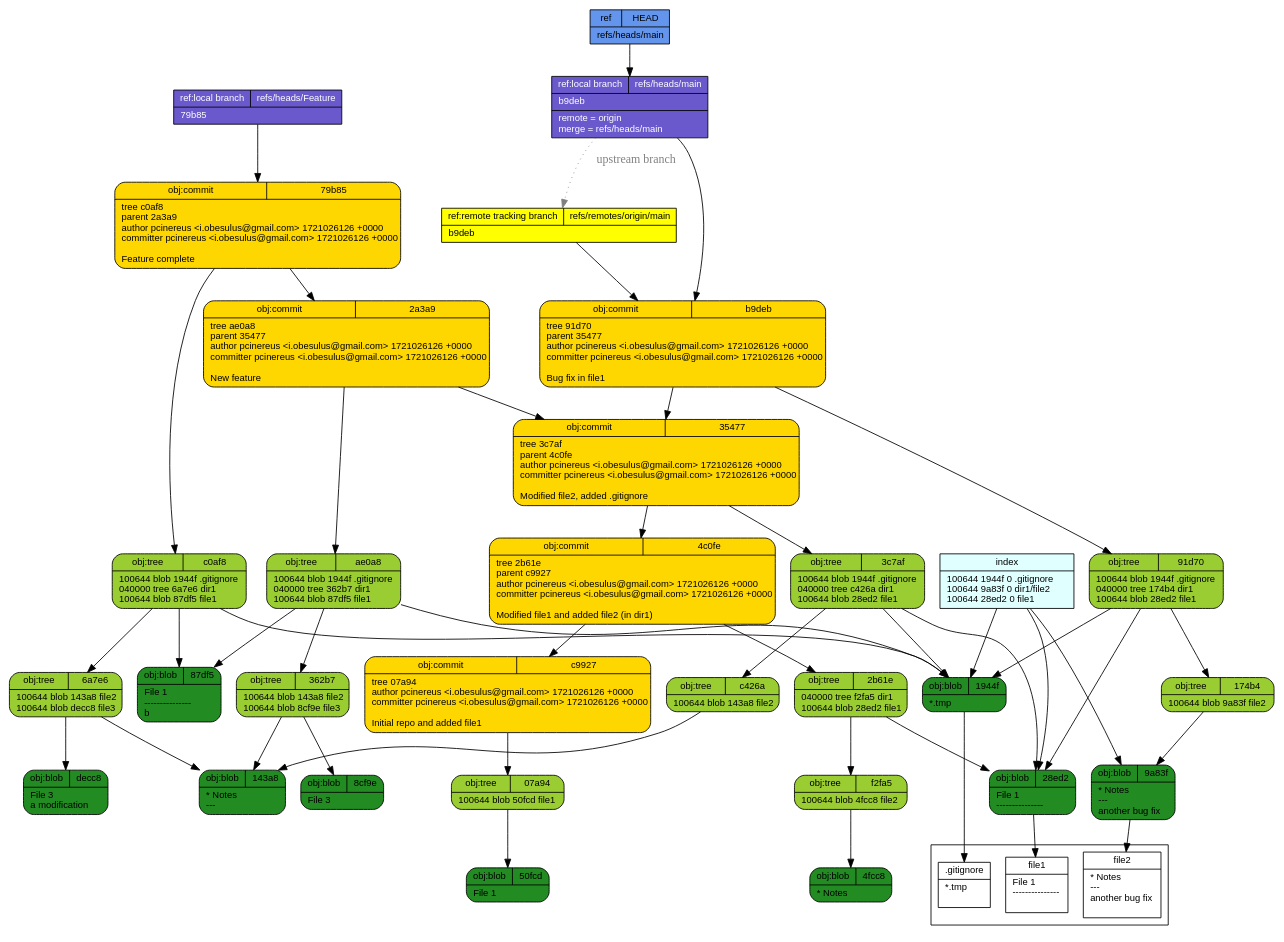
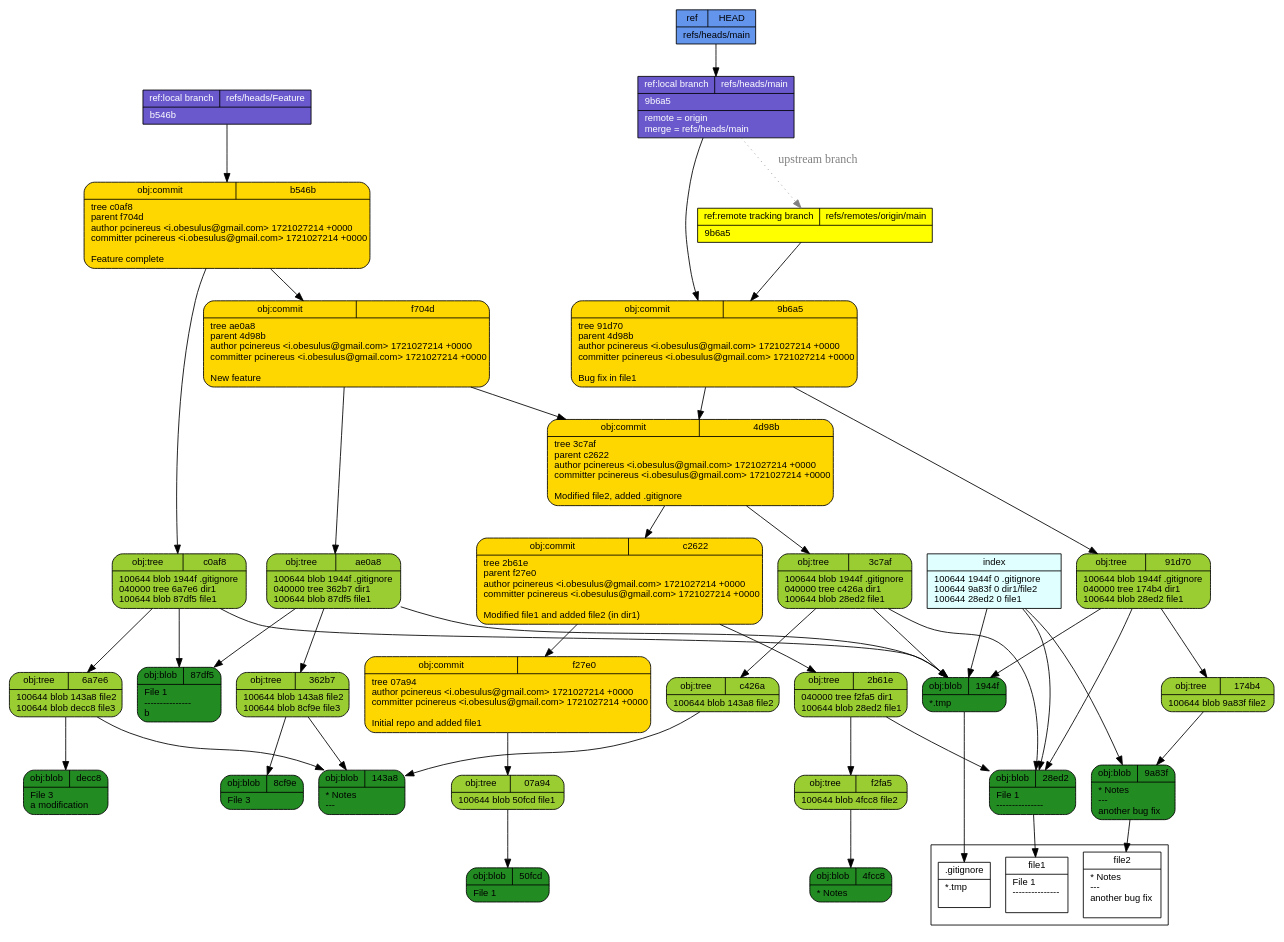
Before and after one commit to pcinereus/SUYRs_documents: the diagram in tut/git-draw.dot, drawn with Graphviz. The commit also changed 1113 other files, not shown here.

```diff
--- a/tut/git-draw.dot
+++ b/tut/git-draw.dot
@@ -1,57 +1,57 @@
 digraph structs {
   node [shape=record,fontsize=11,fontname="arial"];
   rankdir="TB";
   _f2fa5 [fillcolor="yellowgreen", style="filled,rounded", label="{{obj:tree|f2fa5}|100644\ blob\ 4fcc8\	file2\l}"]  _f2fa5 -> _4fcc8
+  _f27e0 [fillcolor="gold", style="filled,rounded", label="{{obj:commit|f27e0}|tree\ 07a94\lauthor\ pcinereus\ \<i\.obesulus\@gmail\.com\>\ 1721027214\ \+0000\lcommitter\ pcinereus\ \<i\.obesulus\@gmail\.com\>\ 1721027214\ \+0000\l\lInitial\ repo\ and\ added\ file1\l}"]  _f27e0 -> _07a94
+  _b546b [fillcolor="gold", style="filled,rounded", label="{{obj:commit|b546b}|tree\ c0af8\lparent\ f704d\lauthor\ pcinereus\ \<i\.obesulus\@gmail\.com\>\ 1721027214\ \+0000\lcommitter\ pcinereus\ \<i\.obesulus\@gmail\.com\>\ 1721027214\ \+0000\l\lFeature\ complete\l}"]  _b546b -> _c0af8
+  _b546b -> _f704d
   _07a94 [fillcolor="yellowgreen", style="filled,rounded", label="{{obj:tree|07a94}|100644\ blob\ 50fcd\	file1\l}"]  _07a94 -> _50fcd
   _143a8 [fillcolor="forestgreen", style="filled,rounded", label="{{obj:blob|143a8}|\*\ Notes\l\-\-\-\l}"]  _c0af8 [fillcolor="yellowgreen", style="filled,rounded", label="{{obj:tree|c0af8}|100644\ blob\ 1944f\	\.gitignore\l040000\ tree\ 6a7e6\	dir1\l100644\ blob\ 87df5\	file1\l}"]  _c0af8 -> _1944f
   _c0af8 -> _6a7e6
   _c0af8 -> _87df5
-  _4fcc8 [fillcolor="forestgreen", style="filled,rounded", label="{{obj:blob|4fcc8}|\*\ Notes\l}"]  _35477 [fillcolor="gold", style="filled,rounded", label="{{obj:commit|35477}|tree\ 3c7af\lparent\ 4c0fe\lauthor\ pcinereus\ \<i\.obesulus\@gmail\.com\>\ 1721026126\ \+0000\lcommitter\ pcinereus\ \<i\.obesulus\@gmail\.com\>\ 1721026126\ \+0000\l\lModified\ file2\,\ added\ \.gitignore\l}"]  _35477 -> _3c7af
-  _35477 -> _4c0fe
-  _4c0fe [fillcolor="gold", style="filled,rounded", label="{{obj:commit|4c0fe}|tree\ 2b61e\lparent\ c9927\lauthor\ pcinereus\ \<i\.obesulus\@gmail\.com\>\ 1721026126\ \+0000\lcommitter\ pcinereus\ \<i\.obesulus\@gmail\.com\>\ 1721026126\ \+0000\l\lModified\ file1\ and\ added\ file2\ \(in\ dir1\)\l}"]  _4c0fe -> _2b61e
-  _4c0fe -> _c9927
+  _4fcc8 [fillcolor="forestgreen", style="filled,rounded", label="{{obj:blob|4fcc8}|\*\ Notes\l}"]  _c2622 [fillcolor="gold", style="filled,rounded", label="{{obj:commit|c2622}|tree\ 2b61e\lparent\ f27e0\lauthor\ pcinereus\ \<i\.obesulus\@gmail\.com\>\ 1721027214\ \+0000\lcommitter\ pcinereus\ \<i\.obesulus\@gmail\.com\>\ 1721027214\ \+0000\l\lModified\ file1\ and\ added\ file2\ \(in\ dir1\)\l}"]  _c2622 -> _2b61e
+  _c2622 -> _f27e0
   _c426a [fillcolor="yellowgreen", style="filled,rounded", label="{{obj:tree|c426a}|100644\ blob\ 143a8\	file2\l}"]  _c426a -> _143a8
-  _1944f [fillcolor="forestgreen", style="filled,rounded", label="{{obj:blob|1944f}|\*\.tmp\l}"]  _50fcd [fillcolor="forestgreen", style="filled,rounded", label="{{obj:blob|50fcd}|File\ 1\l}"]  _c9927 [fillcolor="gold", style="filled,rounded", label="{{obj:commit|c9927}|tree\ 07a94\lauthor\ pcinereus\ \<i\.obesulus\@gmail\.com\>\ 1721026126\ \+0000\lcommitter\ pcinereus\ \<i\.obesulus\@gmail\.com\>\ 1721026126\ \+0000\l\lInitial\ repo\ and\ added\ file1\l}"]  _c9927 -> _07a94
-  _8cf9e [fillcolor="forestgreen", style="filled,rounded", label="{{obj:blob|8cf9e}|File\ 3\l}"]  _91d70 [fillcolor="yellowgreen", style="filled,rounded", label="{{obj:tree|91d70}|100644\ blob\ 1944f\	\.gitignore\l040000\ tree\ 174b4\	dir1\l100644\ blob\ 28ed2\	file1\l}"]  _91d70 -> _1944f
+  _1944f [fillcolor="forestgreen", style="filled,rounded", label="{{obj:blob|1944f}|\*\.tmp\l}"]  _50fcd [fillcolor="forestgreen", style="filled,rounded", label="{{obj:blob|50fcd}|File\ 1\l}"]  _8cf9e [fillcolor="forestgreen", style="filled,rounded", label="{{obj:blob|8cf9e}|File\ 3\l}"]  _91d70 [fillcolor="yellowgreen", style="filled,rounded", label="{{obj:tree|91d70}|100644\ blob\ 1944f\	\.gitignore\l040000\ tree\ 174b4\	dir1\l100644\ blob\ 28ed2\	file1\l}"]  _91d70 -> _1944f
   _91d70 -> _174b4
   _91d70 -> _28ed2
-  _9a83f [fillcolor="forestgreen", style="filled,rounded", label="{{obj:blob|9a83f}|\*\ Notes\l\-\-\-\l\ another\ bug\ fix\l}"]  _2a3a9 [fillcolor="gold", style="filled,rounded", label="{{obj:commit|2a3a9}|tree\ ae0a8\lparent\ 35477\lauthor\ pcinereus\ \<i\.obesulus\@gmail\.com\>\ 1721026126\ \+0000\lcommitter\ pcinereus\ \<i\.obesulus\@gmail\.com\>\ 1721026126\ \+0000\l\lNew\ feature\l}"]  _2a3a9 -> _ae0a8
-  _2a3a9 -> _35477
-  _ae0a8 [fillcolor="yellowgreen", style="filled,rounded", label="{{obj:tree|ae0a8}|100644\ blob\ 1944f\	\.gitignore\l040000\ tree\ 362b7\	dir1\l100644\ blob\ 87df5\	file1\l}"]  _ae0a8 -> _1944f
+  _9a83f [fillcolor="forestgreen", style="filled,rounded", label="{{obj:blob|9a83f}|\*\ Notes\l\-\-\-\l\ another\ bug\ fix\l}"]  _ae0a8 [fillcolor="yellowgreen", style="filled,rounded", label="{{obj:tree|ae0a8}|100644\ blob\ 1944f\	\.gitignore\l040000\ tree\ 362b7\	dir1\l100644\ blob\ 87df5\	file1\l}"]  _ae0a8 -> _1944f
   _ae0a8 -> _362b7
   _ae0a8 -> _87df5
+  _9b6a5 [fillcolor="gold", style="filled,rounded", label="{{obj:commit|9b6a5}|tree\ 91d70\lparent\ 4d98b\lauthor\ pcinereus\ \<i\.obesulus\@gmail\.com\>\ 1721027214\ \+0000\lcommitter\ pcinereus\ \<i\.obesulus\@gmail\.com\>\ 1721027214\ \+0000\l\lBug\ fix\ in\ file1\l}"]  _9b6a5 -> _91d70
+  _9b6a5 -> _4d98b
   _2b61e [fillcolor="yellowgreen", style="filled,rounded", label="{{obj:tree|2b61e}|040000\ tree\ f2fa5\	dir1\l100644\ blob\ 28ed2\	file1\l}"]  _2b61e -> _f2fa5
   _2b61e -> _28ed2
   _87df5 [fillcolor="forestgreen", style="filled,rounded", label="{{obj:blob|87df5}|File\ 1\l\-\-\-\-\-\-\-\-\-\-\-\-\-\-\-\lb\l}"]  _362b7 [fillcolor="yellowgreen", style="filled,rounded", label="{{obj:tree|362b7}|100644\ blob\ 143a8\	file2\l100644\ blob\ 8cf9e\	file3\l}"]  _362b7 -> _143a8
   _362b7 -> _8cf9e
   _3c7af [fillcolor="yellowgreen", style="filled,rounded", label="{{obj:tree|3c7af}|100644\ blob\ 1944f\	\.gitignore\l040000\ tree\ c426a\	dir1\l100644\ blob\ 28ed2\	file1\l}"]  _3c7af -> _1944f
   _3c7af -> _c426a
   _3c7af -> _28ed2
-  _79b85 [fillcolor="gold", style="filled,rounded", label="{{obj:commit|79b85}|tree\ c0af8\lparent\ 2a3a9\lauthor\ pcinereus\ \<i\.obesulus\@gmail\.com\>\ 1721026126\ \+0000\lcommitter\ pcinereus\ \<i\.obesulus\@gmail\.com\>\ 1721026126\ \+0000\l\lFeature\ complete\l}"]  _79b85 -> _c0af8
-  _79b85 -> _2a3a9
-  _b9deb [fillcolor="gold", style="filled,rounded", label="{{obj:commit|b9deb}|tree\ 91d70\lparent\ 35477\lauthor\ pcinereus\ \<i\.obesulus\@gmail\.com\>\ 1721026126\ \+0000\lcommitter\ pcinereus\ \<i\.obesulus\@gmail\.com\>\ 1721026126\ \+0000\l\lBug\ fix\ in\ file1\l}"]  _b9deb -> _91d70
-  _b9deb -> _35477
   _28ed2 [fillcolor="forestgreen", style="filled,rounded", label="{{obj:blob|28ed2}|File\ 1\l\-\-\-\-\-\-\-\-\-\-\-\-\-\-\-\l}"]  _6a7e6 [fillcolor="yellowgreen", style="filled,rounded", label="{{obj:tree|6a7e6}|100644\ blob\ 143a8\	file2\l100644\ blob\ decc8\	file3\l}"]  _6a7e6 -> _143a8
   _6a7e6 -> _decc8
   _174b4 [fillcolor="yellowgreen", style="filled,rounded", label="{{obj:tree|174b4}|100644\ blob\ 9a83f\	file2\l}"]  _174b4 -> _9a83f
-  _decc8 [fillcolor="forestgreen", style="filled,rounded", label="{{obj:blob|decc8}|File\ 3\l\ a\ modification\l}"]  _refs___heads___Feature [style=filled, fillcolor=slateblue3, fontcolor = white,  label="{{ref:local branch|refs\/heads\/Feature}|79b85\l}"]
-  _refs___heads___Feature -> _79b85
+  _decc8 [fillcolor="forestgreen", style="filled,rounded", label="{{obj:blob|decc8}|File\ 3\l\ a\ modification\l}"]  _4d98b [fillcolor="gold", style="filled,rounded", label="{{obj:commit|4d98b}|tree\ 3c7af\lparent\ c2622\lauthor\ pcinereus\ \<i\.obesulus\@gmail\.com\>\ 1721027214\ \+0000\lcommitter\ pcinereus\ \<i\.obesulus\@gmail\.com\>\ 1721027214\ \+0000\l\lModified\ file2\,\ added\ \.gitignore\l}"]  _4d98b -> _3c7af
+  _4d98b -> _c2622
+  _f704d [fillcolor="gold", style="filled,rounded", label="{{obj:commit|f704d}|tree\ ae0a8\lparent\ 4d98b\lauthor\ pcinereus\ \<i\.obesulus\@gmail\.com\>\ 1721027214\ \+0000\lcommitter\ pcinereus\ \<i\.obesulus\@gmail\.com\>\ 1721027214\ \+0000\l\lNew\ feature\l}"]  _f704d -> _ae0a8
+  _f704d -> _4d98b
+  _refs___heads___Feature [style=filled, fillcolor=slateblue3, fontcolor = white,  label="{{ref:local branch|refs\/heads\/Feature}|b546b\l}"]
+  _refs___heads___Feature -> _b546b
   _refs___heads___main -> _refs___remotes___origin___main [style=dotted, color=gray, fontcolor=gray, label="upstream branch"]
-  _refs___heads___main [style=filled, fillcolor=slateblue3, fontcolor = white,  label="{{ref:local branch|refs\/heads\/main}|b9deb\l|remote\ \=\ origin\lmerge\ \=\ refs\/heads\/main\l}"]
-  _refs___heads___main -> _b9deb
-  _refs___remotes___origin___main [style=filled, fillcolor=yellow, fontcolor = black,  label="{{ref:remote tracking branch|refs\/remotes\/origin\/main}|b9deb\l}"]
-  _refs___remotes___origin___main -> _b9deb
+  _refs___heads___main [style=filled, fillcolor=slateblue3, fontcolor = white,  label="{{ref:local branch|refs\/heads\/main}|9b6a5\l|remote\ \=\ origin\lmerge\ \=\ refs\/heads\/main\l}"]
+  _refs___heads___main -> _9b6a5
+  _refs___remotes___origin___main [style=filled, fillcolor=yellow, fontcolor = black,  label="{{ref:remote tracking branch|refs\/remotes\/origin\/main}|9b6a5\l}"]
+  _refs___remotes___origin___main -> _9b6a5
   _HEAD [style=filled, fillcolor=cornflowerblue, fontcolor=black,  label="{{ref|HEAD}|refs\/heads\/main\l}"]
   _HEAD -> _refs___heads___main
   index -> _1944f
   index -> _9a83f
   index -> _28ed2
   index [style=filled, fillcolor=lightcyan, label="{{index}|100644\ 1944f\ 0\	\.gitignore\l100644\ 9a83f\ 0\	dir1\/file2\l100644\ 28ed2\ 0\	file1\l}"]
 subgraph cluster_1 {rank=sink  _gitignore [fillcolor="white", label="{{.gitignore}|*.tmp\l\l}"] 
   _file2 [fillcolor="white", label="{{file2}|* Notes\l---\l another bug fix\l\l}"] 
   _file1 [fillcolor="white", label="{{file1}|File 1\l---------------\l\l}"] 
 }
  _1944f -> _gitignore
  _9a83f -> _file2
  _28ed2 -> _file1
 }
```
